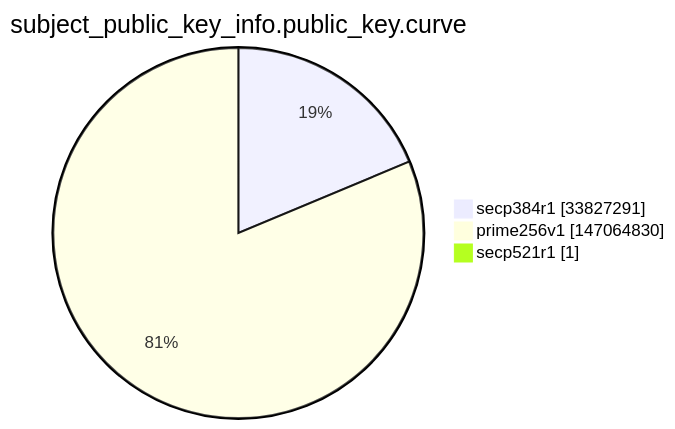
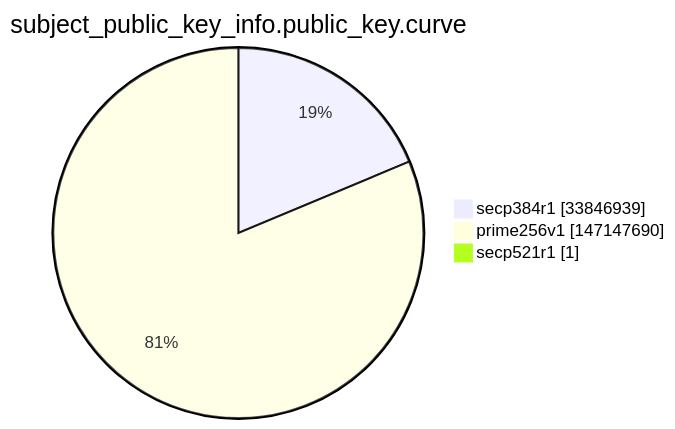
The ninth of 15 diagrams in argon2022/README.md (christiankrug/ctmonitor_visualization), drawn with Mermaid before and after one commit. The commit also changed other lines of this file, not shown here.

````diff
--- a/argon2022/README.md
+++ b/argon2022/README.md
@@ -2764,7 +2764,7 @@
 ```mermaid
 pie showData
 title subject_public_key_info.public_key.curve
-"secp384r1" :33827291
-"prime256v1" :147064830
+"secp384r1" :33846939
+"prime256v1" :147147690
 "secp521r1" :1
 ```
````
